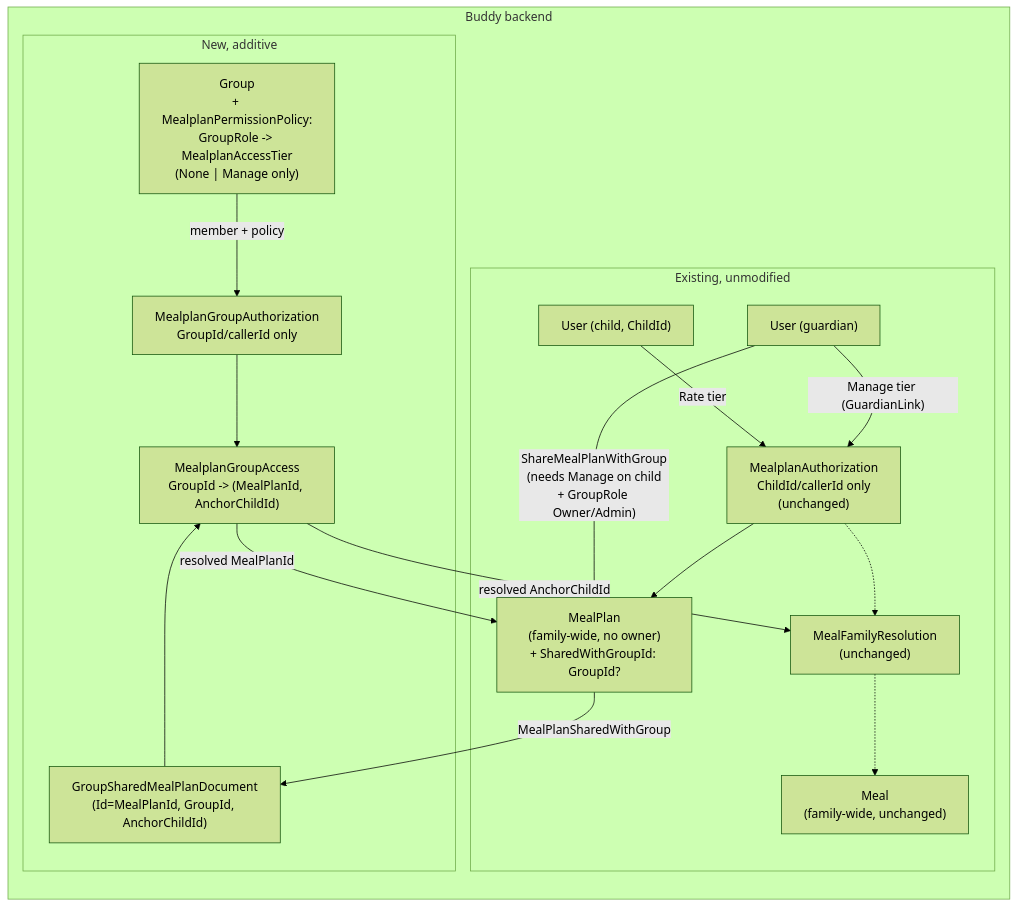
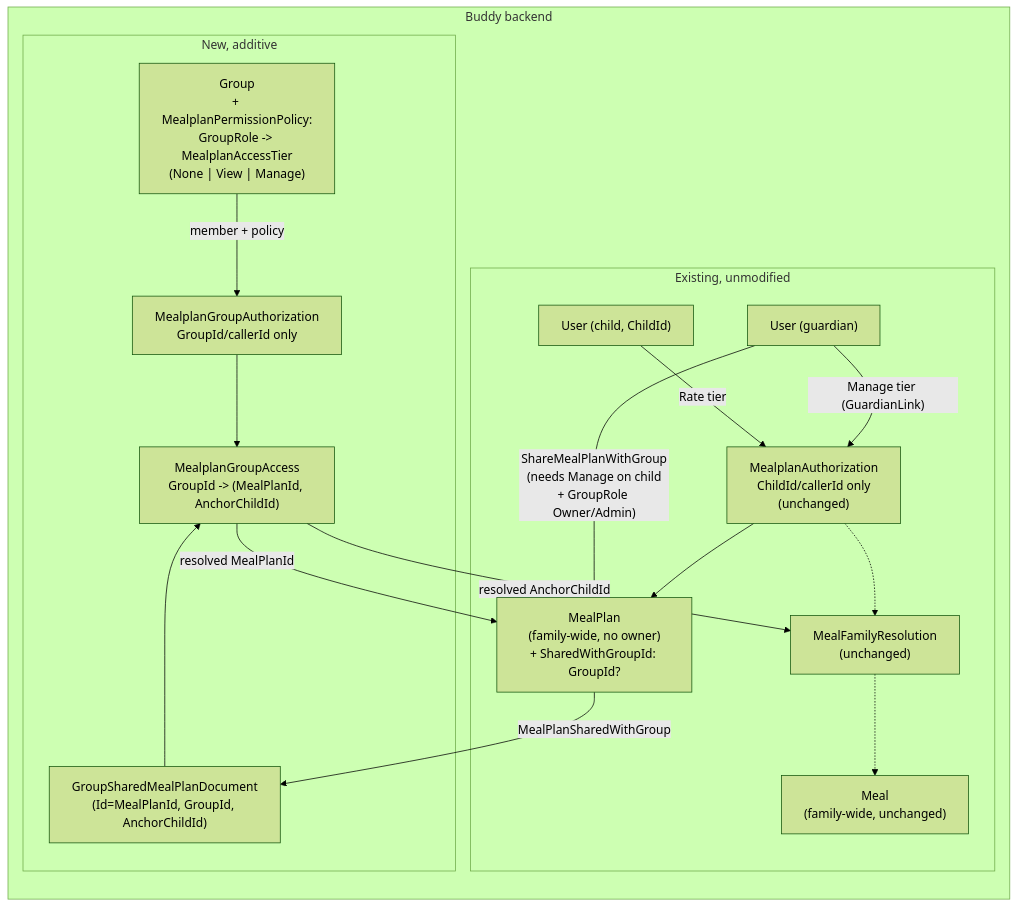
Before and after one commit to kimipsen/buddy: the diagram in docs/backend/analysis/group-owned-mealplans.md, drawn with Mermaid (forest theme). The commit also changed other lines of this file and 28 other files, not shown here.

````diff
--- a/docs/backend/analysis/group-owned-mealplans.md
+++ b/docs/backend/analysis/group-owned-mealplans.md
@@ -291,34 +310,34 @@
 ```mermaid
 flowchart TB
     subgraph App["Buddy backend"]
         direction TB
 
         subgraph Existing["Existing, unmodified"]
             Guardian["User (guardian)"]
             Child["User (child, ChildId)"]
             Plan["MealPlan\n(family-wide, no owner)\n+ SharedWithGroupId: GroupId?"]
             MealAgg["Meal\n(family-wide, unchanged)"]
             FamilyResolver["MealFamilyResolution\n(unchanged)"]
             ChildAuth["MealplanAuthorization\nChildId/callerId only\n(unchanged)"]
         end
 
         subgraph New["New, additive"]
-            Group["Group\n+ MealplanPermissionPolicy:\nGroupRole -> MealplanAccessTier\n(None | Manage only)"]
+            Group["Group\n+ MealplanPermissionPolicy:\nGroupRole -> MealplanAccessTier\n(None | View | Manage)"]
             GroupAuth["MealplanGroupAuthorization\nGroupId/callerId only"]
             GroupAccessResolver["MealplanGroupAccess\nGroupId -> (MealPlanId, AnchorChildId)"]
             SharedDoc["GroupSharedMealPlanDocument\n(Id=MealPlanId, GroupId, AnchorChildId)"]
         end
 
         Guardian -- "Manage tier (GuardianLink)" --> ChildAuth --> Plan
         Child -- "Rate tier" --> ChildAuth
         ChildAuth -.-> FamilyResolver -.-> MealAgg
 
         Guardian -- "ShareMealPlanWithGroup\n(needs Manage on child\n+ GroupRole Owner/Admin)" --> Plan
         Plan -- "MealPlanSharedWithGroup" --> SharedDoc
         Group -- "member + policy" --> GroupAuth
         SharedDoc --> GroupAccessResolver
         GroupAuth --> GroupAccessResolver
         GroupAccessResolver -- "resolved AnchorChildId" --> FamilyResolver
         GroupAccessResolver -- "resolved MealPlanId" --> Plan
     end
 ```
````
